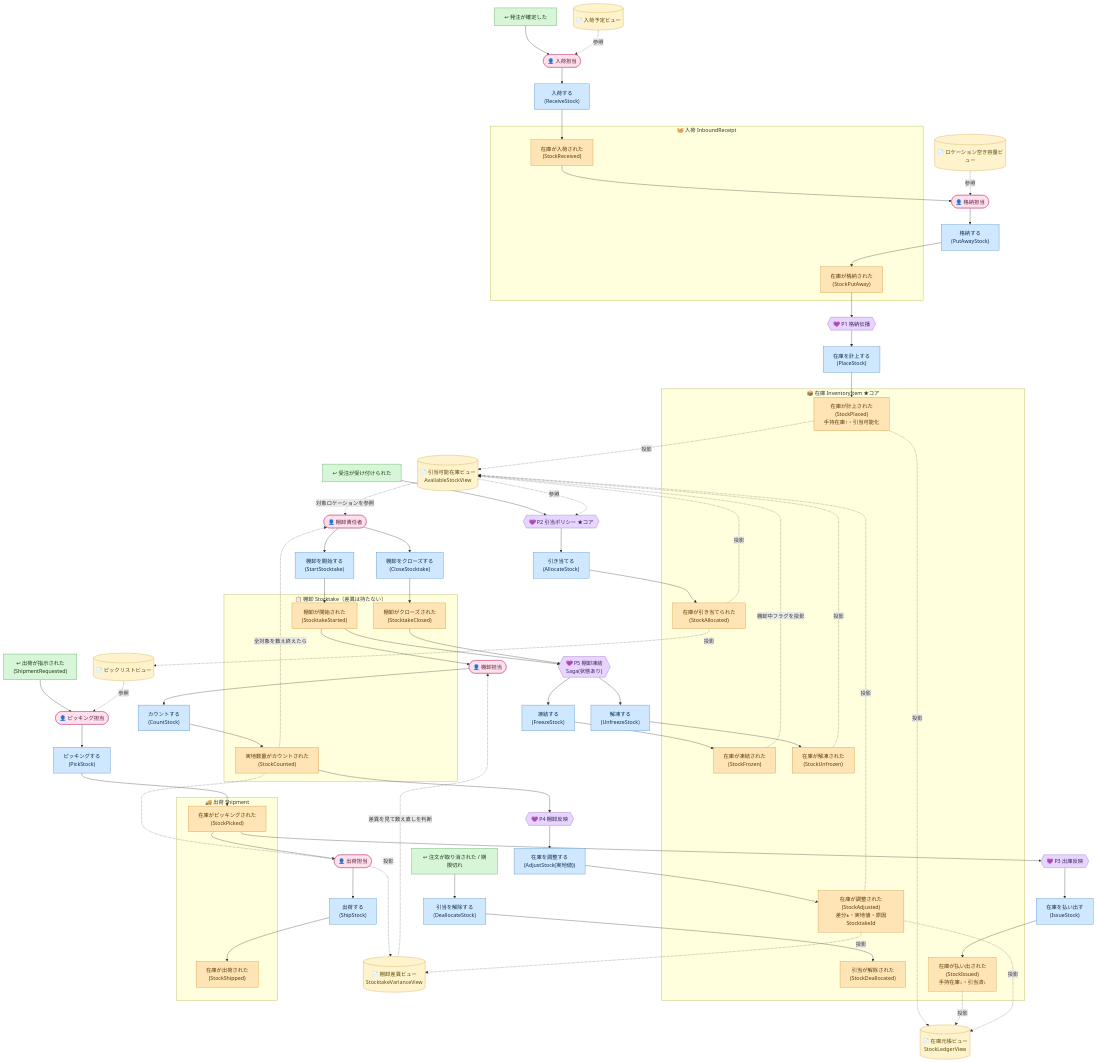
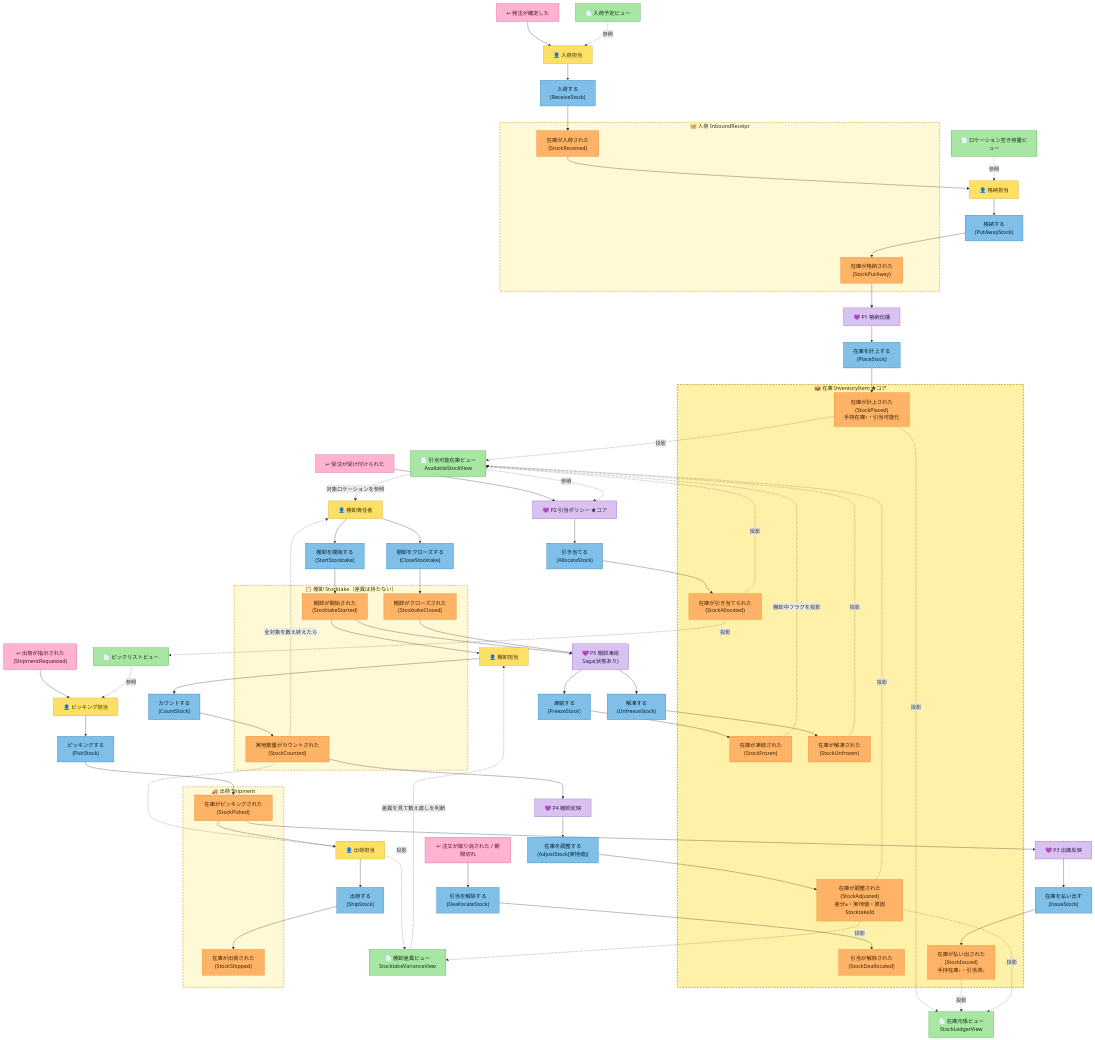
Before and after one commit to nenokido2000/event-sourcing-handson: the diagram in docs/event-storming/02-process.md, drawn with Mermaid. The commit also changed other lines of this file and 2 other files, not shown here.

Commit message:
docs(steering): 図の記法をイベントストーミング標準の付箋色へ統一
図の配色が Brandolini の標準付箋色と食い違っており(緑・黄・ピンクの3色が
入れ替わっていた)、書籍や他社事例の図と並べて読めない状態だったため統一。

- 配色: リードモデル 黄→緑 / 外部システム 緑→ピンク / アクター ピンク→黄
  (イベント=オレンジ・コマンド=青・ポリシー=ライラックは元から標準どおり)
- 形: 四角に統一(リードモデルの円筒・アクターの角丸・ポリシーの六角形を廃止)
  ホットスポットだけ菱形にして 45°回転した付箋を再現
- 集約: subgraph を淡黄で塗り「大きい黄色の付箋」に寄せた。コアの在庫は
  濃いめ＋太枠。点線枠=整合性境界という情報は維持している
- 凡例: 00-method.md に「付箋の色」節を新設しここを正とした。実際の付箋を
  並べた Mermaid の凡例図＋標準からの意図的なズレを明記
  ①絵文字アイコンを併記(色覚特性・モノクロ印刷でも読めるよう色だけに
  意味を負わせない) ②集約は付箋でなく枠(枠をまたぐ=別Txが目で見える)
  ③時間の向きは図ごとに違う(①壁=左→右 / ②文法の可視化=上→下)
- 01: 外部トリガの 🟦 を ↩ピンクへ。標準では青はコマンドで意味が衝突していた

付随(前回の反映漏れ):
- 01 の外部トリガ節が H9 保留のままだったのを確定済みへ
- 02 冒頭の集約表が棚卸=差異を持つ旧仕様のままだったのを修正

検証: Mermaid 11 の実パーサで4図とも parse 成功(classDef/style/菱形/~~~ を含む)。
ピクセル単位のレンダリング確認はヘッドレスブラウザが要るため未実施。

````diff
--- a/docs/event-storming/02-process.md
+++ b/docs/event-storming/02-process.md
@@ -115,11 +120,12 @@
 ```mermaid
 flowchart TB
-    classDef cmd fill:#cfe8ff,stroke:#3b82c4,color:#0b2e4f;
-    classDef evt fill:#ffe4b5,stroke:#d08a2c,color:#5a3a0a;
-    classDef pol fill:#e8d5ff,stroke:#8b5cc4,color:#3a1f5a;
-    classDef ext fill:#d7f5d7,stroke:#4a9a4a,color:#123a12;
-    classDef rm fill:#fff3cd,stroke:#c8a13b,color:#5a4a0a;
-    classDef actor fill:#ffe0ec,stroke:#c4568b,color:#5a1f3a;
+    %% 付箋の色 = イベントストーミング標準記法（正は 00-method.md「付箋の色」）
+    classDef evt   fill:#ffb366,stroke:#e07b1a,color:#3d2000;
+    classDef cmd   fill:#7fbfe8,stroke:#2b7cb8,color:#062033;
+    classDef actor fill:#ffe066,stroke:#c9a227,color:#3d3300;
+    classDef pol   fill:#d9c2f0,stroke:#8b5cc4,color:#2e1650;
+    classDef rm    fill:#a8e6a3,stroke:#3f9e3a,color:#0f2f0d;
+    classDef ext   fill:#ffb3d1,stroke:#d1568f,color:#4a0f2b;
 
     %% ── 外部システム（↩）──
     X_PO["↩ 発注が確定した"]:::ext
@@ -128,20 +134,20 @@
     X_CANCEL["↩ 注文が取り消された / 期限切れ"]:::ext
 
     %% ── アクター（👤）──
-    A_RCV(["👤 入荷担当"]):::actor
-    A_PUT(["👤 格納担当"]):::actor
-    A_PICK(["👤 ピッキング担当"]):::actor
-    A_SHIP(["👤 出荷担当"]):::actor
-    A_STK(["👤 棚卸責任者"]):::actor
-    A_CNT(["👤 棚卸担当"]):::actor
+    A_RCV["👤 入荷担当"]:::actor
+    A_PUT["👤 格納担当"]:::actor
+    A_PICK["👤 ピッキング担当"]:::actor
+    A_SHIP["👤 出荷担当"]:::actor
+    A_STK["👤 棚卸責任者"]:::actor
+    A_CNT["👤 棚卸担当"]:::actor
 
     %% ── リードモデル（📄・イベントから投影）──
-    RM_INBOUND[("📄 入荷予定ビュー")]:::rm
-    RM_LOC[("📄 ロケーション空き容量ビュー")]:::rm
-    RM_AVAIL[("📄 引当可能在庫ビュー<br/>AvailableStockView")]:::rm
-    RM_PICK[("📄 ピックリストビュー")]:::rm
-    RM_VAR[("📄 棚卸差異ビュー<br/>StocktakeVarianceView")]:::rm
-    RM_LEDGER[("📄 在庫元帳ビュー<br/>StockLedgerView")]:::rm
+    RM_INBOUND["📄 入荷予定ビュー"]:::rm
+    RM_LOC["📄 ロケーション空き容量ビュー"]:::rm
+    RM_AVAIL["📄 引当可能在庫ビュー<br/>AvailableStockView"]:::rm
+    RM_PICK["📄 ピックリストビュー"]:::rm
+    RM_VAR["📄 棚卸差異ビュー<br/>StocktakeVarianceView"]:::rm
+    RM_LEDGER["📄 在庫元帳ビュー<br/>StockLedgerView"]:::rm
 
     %% ── コマンド（🟦）──
     C_RCV["入荷する<br/>(ReceiveStock)"]:::cmd
@@ -160,11 +166,11 @@
     C_UNFREEZE["解凍する<br/>(UnfreezeStock)"]:::cmd
 
     %% ── ポリシー（💜・自動反応）──
-    P1{{"💜 P1 格納伝播"}}:::pol
-    P2{{"💜 P2 引当ポリシー ★コア"}}:::pol
-    P3{{"💜 P3 出庫反映"}}:::pol
-    P4{{"💜 P4 棚卸反映"}}:::pol
-    P5{{"💜 P5 棚卸凍結<br/>Saga(状態あり)"}}:::pol
+    P1["💜 P1 格納伝播"]:::pol
+    P2["💜 P2 引当ポリシー ★コア"]:::pol
+    P3["💜 P3 出庫反映"]:::pol
+    P4["💜 P4 棚卸反映"]:::pol
+    P5["💜 P5 棚卸凍結<br/>Saga(状態あり)"]:::pol
 
     %% ── 集約（整合性境界）＝サブグラフ ──
     subgraph AG_RCV["🧺 入荷 InboundReceipt"]
@@ -236,4 +242,10 @@
     E_PLACE -.投影.-> RM_LEDGER
     E_ISSUE -.投影.-> RM_LEDGER
     E_ADJ -.投影.-> RM_LEDGER
+
+    %% ── 集約の枠 ＝「大きい淡黄の付箋」（整合性境界）──
+    style AG_RCV fill:#fff9d6,stroke:#c9ad2e,stroke-width:2px,stroke-dasharray:5 4,color:#3d3300
+    style AG_INV fill:#fff2a8,stroke:#c9ad2e,stroke-width:3px,stroke-dasharray:5 4,color:#3d3300
+    style AG_SHIP fill:#fff9d6,stroke:#c9ad2e,stroke-width:2px,stroke-dasharray:5 4,color:#3d3300
+    style AG_STK fill:#fff9d6,stroke:#c9ad2e,stroke-width:2px,stroke-dasharray:5 4,color:#3d3300
 ```
````
